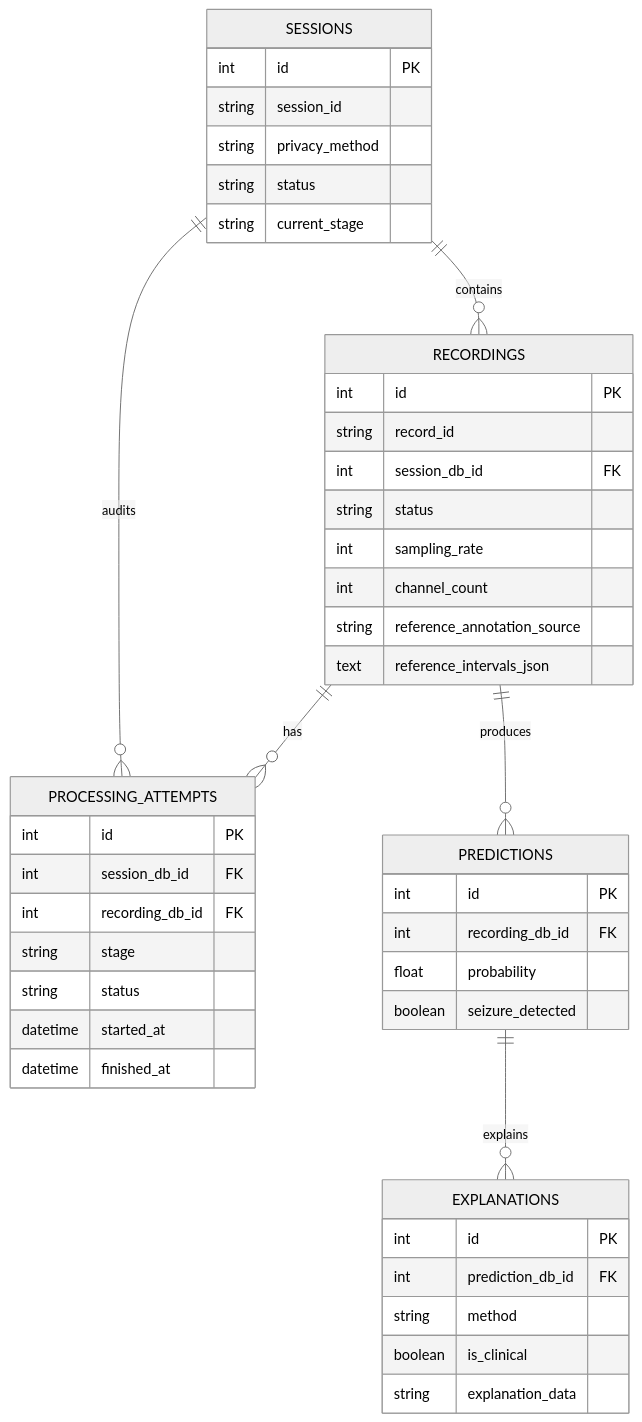
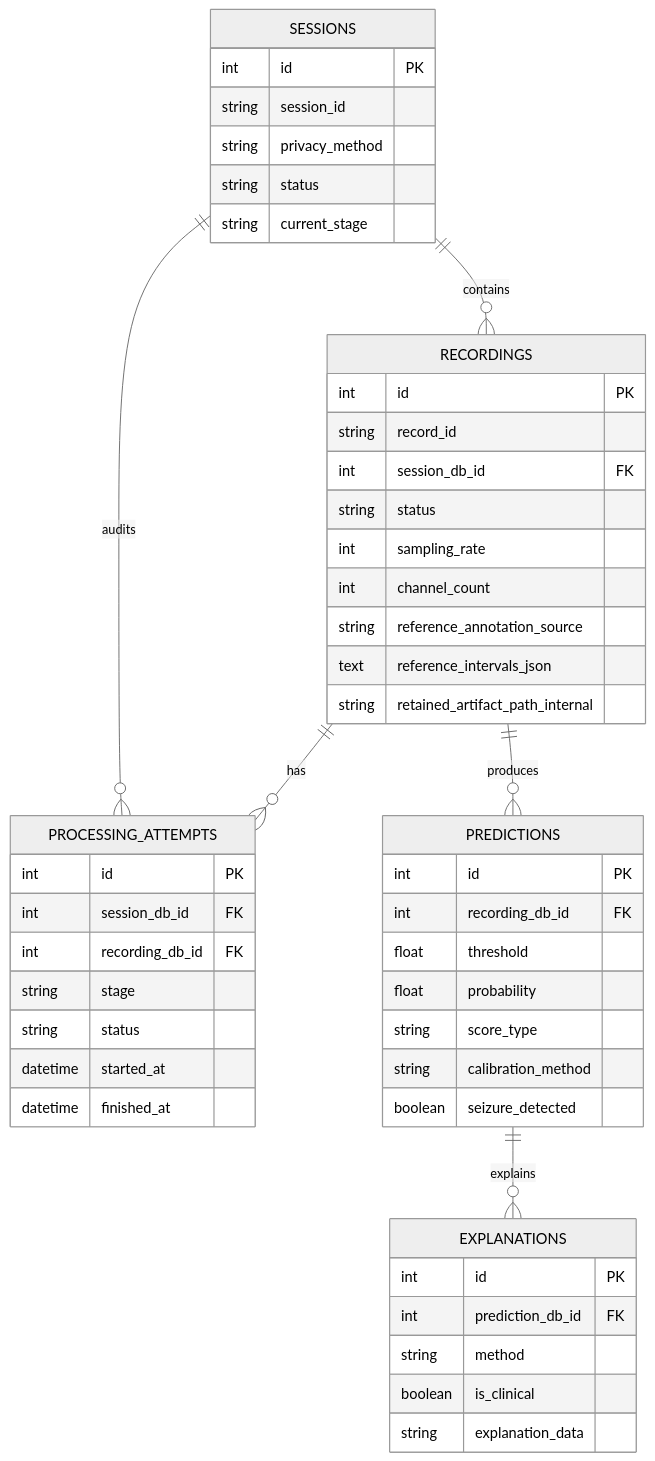
Before and after one commit to 4ffaad/FYP-MDS01: the fifth of 5 diagrams in docs/backend.md, drawn with Mermaid (neutral theme). The commit also changed other lines of this file and 37 other files, not shown here.

````diff
--- a/docs/backend.md
+++ b/docs/backend.md
@@ -120,48 +127,52 @@
 ```mermaid
 erDiagram
     SESSIONS ||--o{ RECORDINGS : contains
     SESSIONS ||--o{ PROCESSING_ATTEMPTS : audits
     RECORDINGS ||--o{ PROCESSING_ATTEMPTS : has
     RECORDINGS ||--o{ PREDICTIONS : produces
     PREDICTIONS ||--o{ EXPLANATIONS : explains
 
     SESSIONS {
         int id PK
         string session_id
         string privacy_method
         string status
         string current_stage
     }
     RECORDINGS {
         int id PK
         string record_id
         int session_db_id FK
         string status
         int sampling_rate
         int channel_count
         string reference_annotation_source
         text reference_intervals_json
+        string retained_artifact_path_internal
     }
     PROCESSING_ATTEMPTS {
         int id PK
         int session_db_id FK
         int recording_db_id FK
         string stage
         string status
         datetime started_at
         datetime finished_at
     }
     PREDICTIONS {
         int id PK
         int recording_db_id FK
+        float threshold
         float probability
+        string score_type
+        string calibration_method
         boolean seizure_detected
     }
     EXPLANATIONS {
         int id PK
         int prediction_db_id FK
         string method
         boolean is_clinical
         string explanation_data
     }
 ```
````
